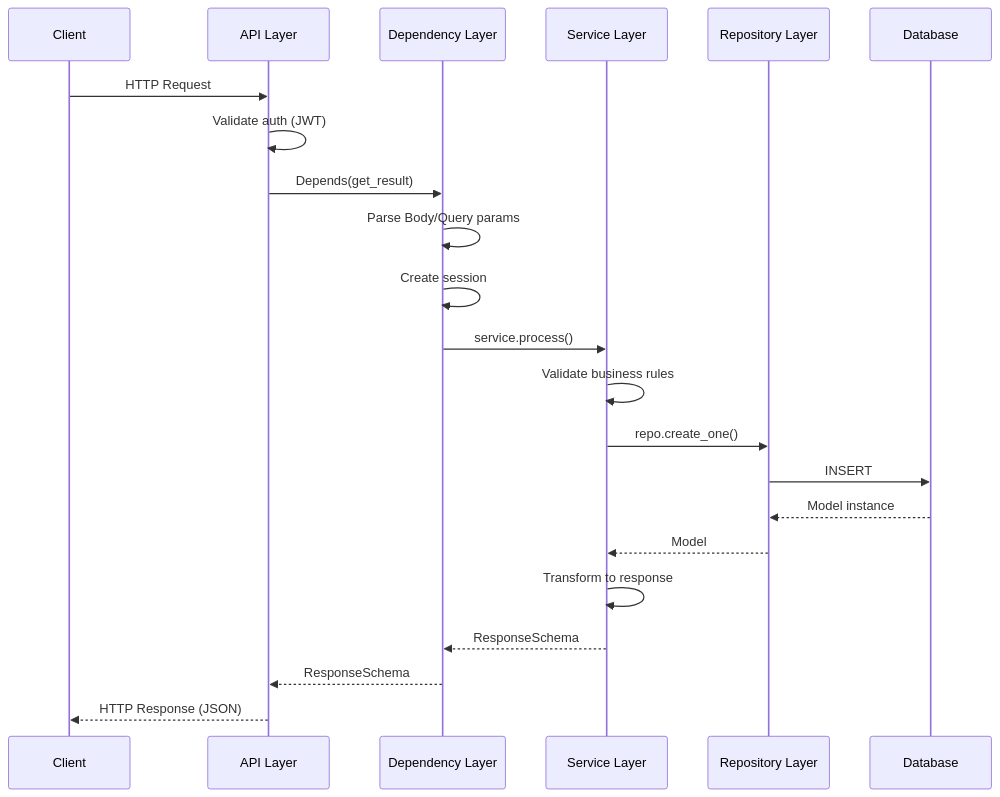
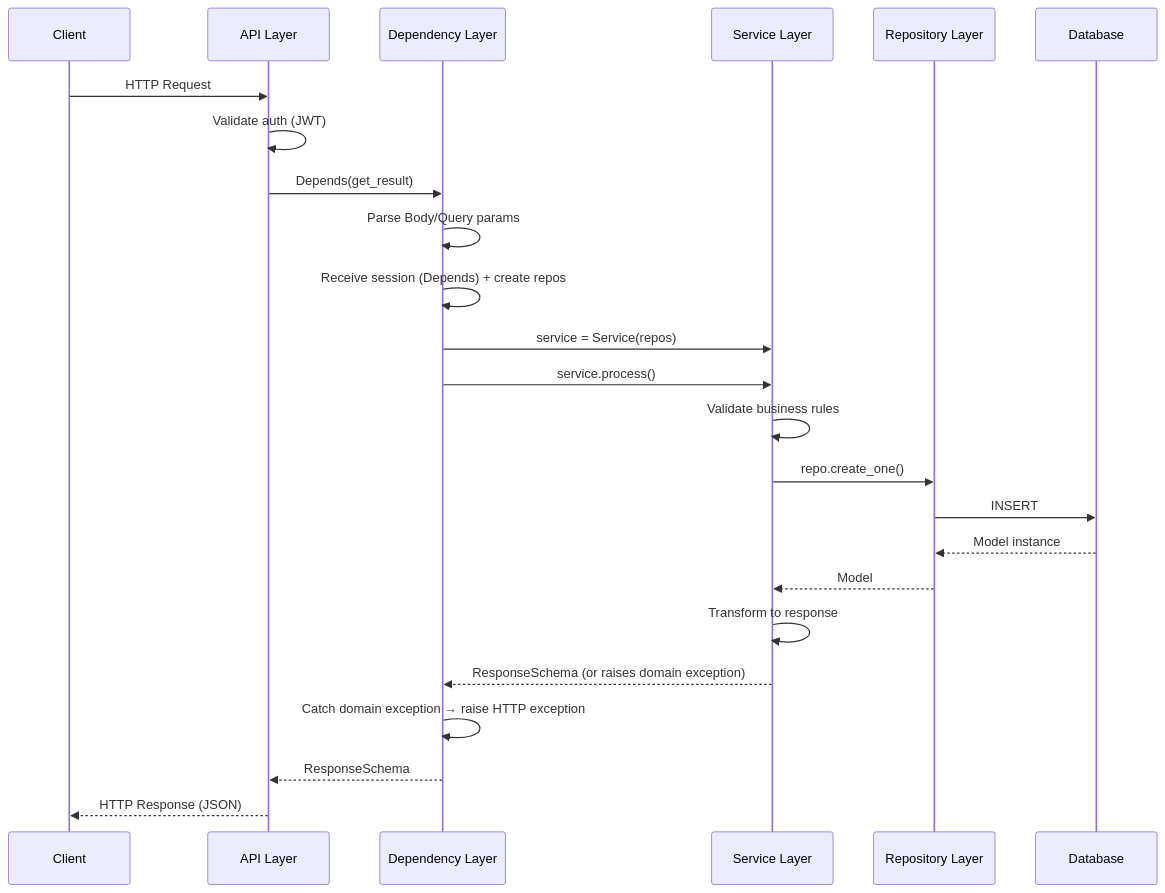
One commit to eslam5464/Fastapi-Template changed the second of 8 diagrams in docs/backend-architecture.md. Above: the diagram before and after it, drawn with Mermaid. The commit also changed other lines of this file, not shown here.

Commit message:
update backend architecture documentation for clarity and scalability

````diff
--- a/docs/backend-architecture.md
+++ b/docs/backend-architecture.md
@@ -1196,25 +1308,27 @@
 ```mermaid
 sequenceDiagram
     participant Client
     participant API as API Layer
     participant Deps as Dependency Layer
     participant Service as Service Layer
     participant Repo as Repository Layer
     participant DB as Database
 
     Client->>API: HTTP Request
     API->>API: Validate auth (JWT)
     API->>Deps: Depends(get_result)
     Deps->>Deps: Parse Body/Query params
-    Deps->>Deps: Create session
+    Deps->>Deps: Receive session (Depends) + create repos
+    Deps->>Service: service = Service(repos)
     Deps->>Service: service.process()
     Service->>Service: Validate business rules
     Service->>Repo: repo.create_one()
     Repo->>DB: INSERT
     DB-->>Repo: Model instance
     Repo-->>Service: Model
     Service->>Service: Transform to response
-    Service-->>Deps: ResponseSchema
+    Service-->>Deps: ResponseSchema (or raises domain exception)
+    Deps->>Deps: Catch domain exception → raise HTTP exception
     Deps-->>API: ResponseSchema
     API-->>Client: HTTP Response (JSON)
 ```
````
